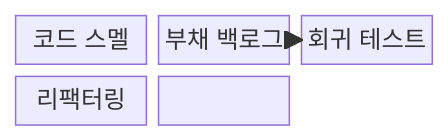
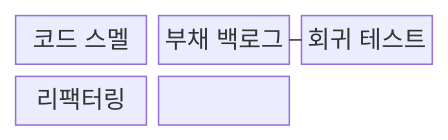
Before and after one commit to agnusdei1207/knowledge-base: the first of 2 diagrams in src/content/docs/notes/03-software/065_refactoring_technical_debt.md, drawn with Mermaid. The commit also changed other lines of this file and 493 other files, not shown here.

````diff
--- a/src/content/docs/notes/03-software/065_refactoring_technical_debt.md
+++ b/src/content/docs/notes/03-software/065_refactoring_technical_debt.md
@@ -70,10 +70,10 @@
 ```mermaid
-block
+block-beta
   columns 3
   S["코드 스멜"]
   B["부채 백로그"]
   T["회귀 테스트"]
   R["리팩터링"]
-  S --> B --> R --> T
-  T --> B
+  S --- B --- R --- T
+  T --- B
 ```
````
